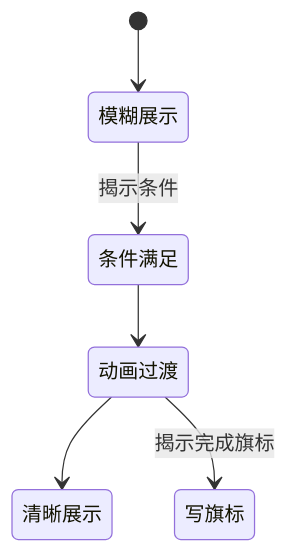
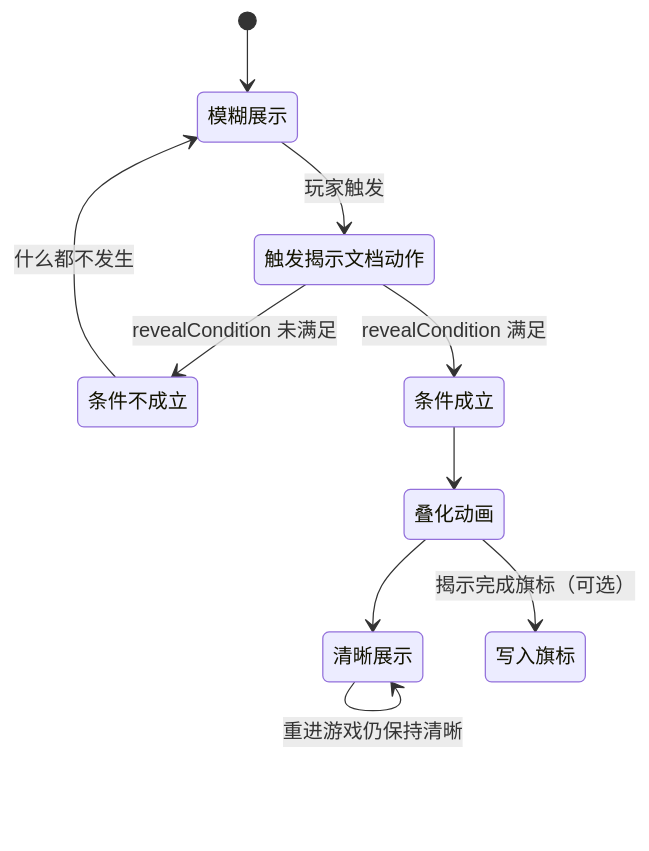
One commit to wubugui/GDoc changed the diagram in docs/editors/panels/doc-reveal.md. Above: the diagram before and after it, drawn with Mermaid. The commit also changed other lines of this file and 112 other files, not shown here.

````diff
--- a/docs/editors/panels/doc-reveal.md
+++ b/docs/editors/panels/doc-reveal.md
@@ -43,8 +36,12 @@
 ```mermaid
 stateDiagram-v2
   [*] --> 模糊展示
-  模糊展示 --> 条件满足: 揭示条件
-  条件满足 --> 动画过渡
-  动画过渡 --> 清晰展示
-  动画过渡 --> 写旗标: 揭示完成旗标
+  模糊展示 --> 触发揭示文档动作: 玩家触发
+  触发揭示文档动作 --> 条件不成立: revealCondition 未满足
+  条件不成立 --> 模糊展示: 什么都不发生
+  触发揭示文档动作 --> 条件成立: revealCondition 满足
+  条件成立 --> 叠化动画
+  叠化动画 --> 清晰展示
+  叠化动画 --> 写入旗标: 揭示完成旗标（可选）
+  清晰展示 --> 清晰展示: 重进游戏仍保持清晰
 ```
````
